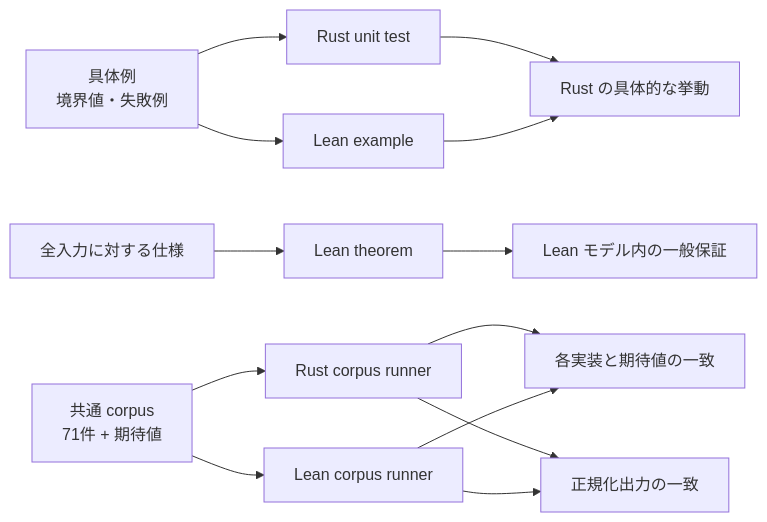
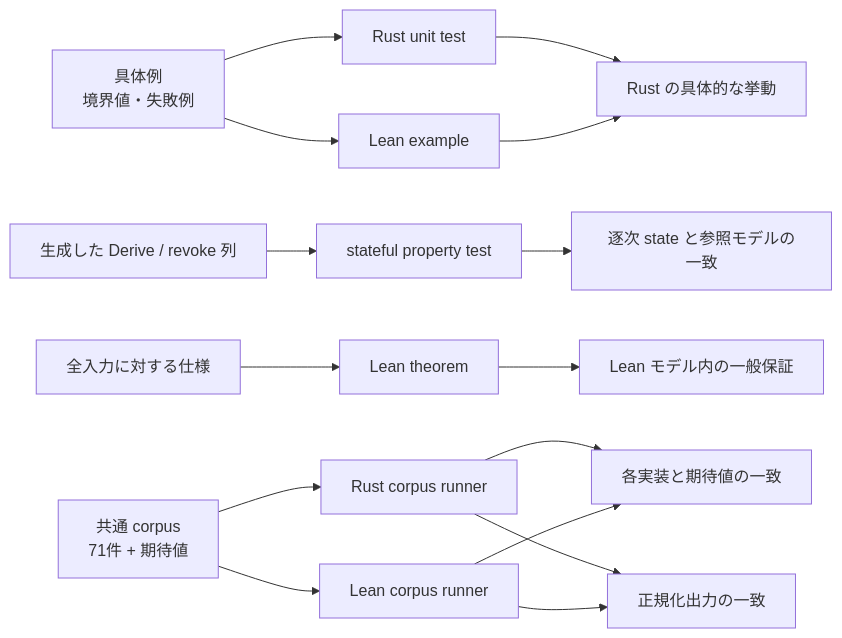
One commit to Aqua-218/SecCamp-AIAgent changed the diagram in docs/authority-core/verification.md. Above: the diagram before and after it, drawn with Mermaid. The commit also changed other lines of this file and 9 other files, not shown here.

````diff
--- a/docs/authority-core/verification.md
+++ b/docs/authority-core/verification.md
@@ -20,16 +21,18 @@
 ```mermaid
 flowchart LR
     examples["具体例<br/>境界値・失敗例"] --> rust["Rust unit test"]
+    sequences["生成した Derive / revoke 列"] --> property["stateful property test"]
     examples --> leanExample["Lean example"]
     spec["全入力に対する仕様"] --> theorem["Lean theorem"]
     corpus["共通 corpus<br/>71件 + 期待値"] --> rustRunner["Rust corpus runner"]
     corpus --> leanRunner["Lean corpus runner"]
 
     rust --> confidence["Rust の具体的な挙動"]
+    property --> stateConfidence["逐次 state と参照モデルの一致"]
     leanExample --> confidence
     theorem --> guarantee["Lean モデル内の一般保証"]
     rustRunner --> oracle["各実装と期待値の一致"]
     leanRunner --> oracle
     rustRunner --> diff["正規化出力の一致"]
     leanRunner --> diff
 ```
````
